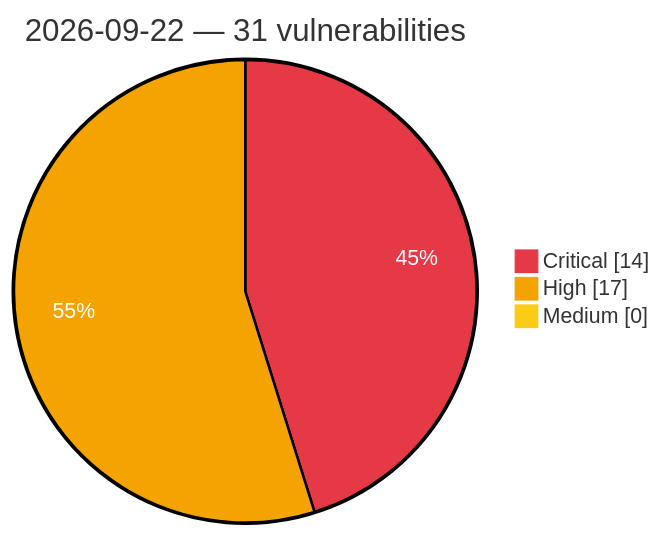
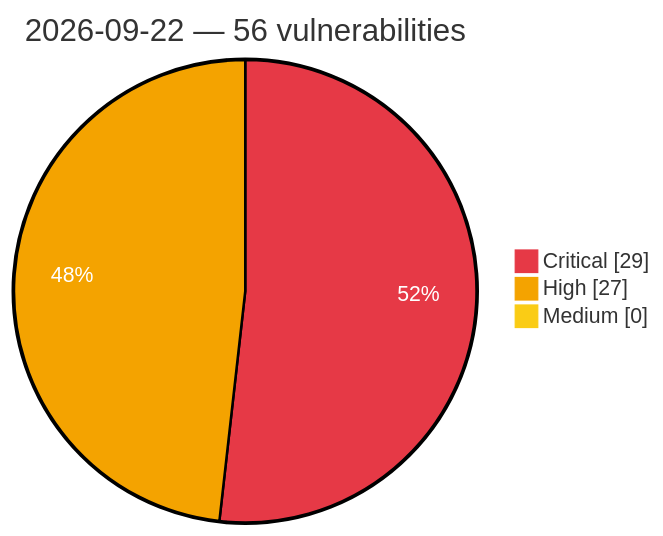
The diagram in vulnerabilities/2026/September/2026-09-22.md (GhostX0X/vuln-tracker), drawn with Mermaid before and after one commit. The commit also changed other lines of this file and 5 other files, not shown here.

Commit message:
Auto update: critical/high vulns (2026-09-22 19:13 UTC)

````diff
--- a/vulnerabilities/2026/September/2026-09-22.md
+++ b/vulnerabilities/2026/September/2026-09-22.md
@@ -3,8 +3,8 @@
 ```mermaid
 %%{init: {'theme':'base', 'themeVariables': {'pie1':'#e63946', 'pie2':'#f4a300', 'pie3':'#facc15', 'pieOpacity':'1', 'pieOuterStrokeWidth':'2px', 'pieSectionTextColor':'#ffffff'}}}%%
 pie showData
-    title 2026-09-22 — 31 vulnerabilities
-    "Critical" : 14
-    "High" : 17
+    title 2026-09-22 — 56 vulnerabilities
+    "Critical" : 29
+    "High" : 27
     "Medium" : 0
 ```
````
